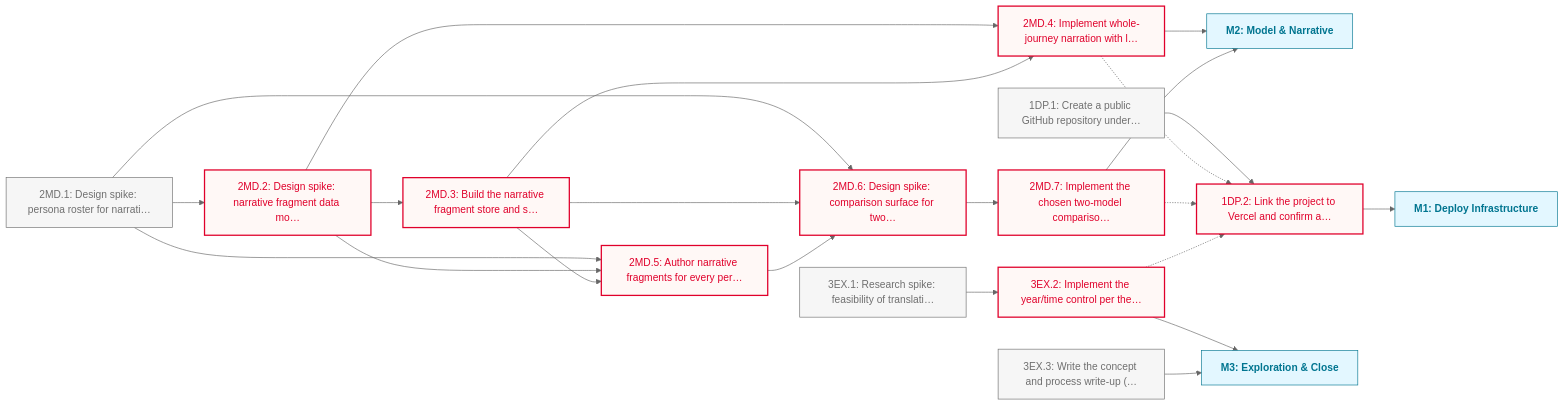
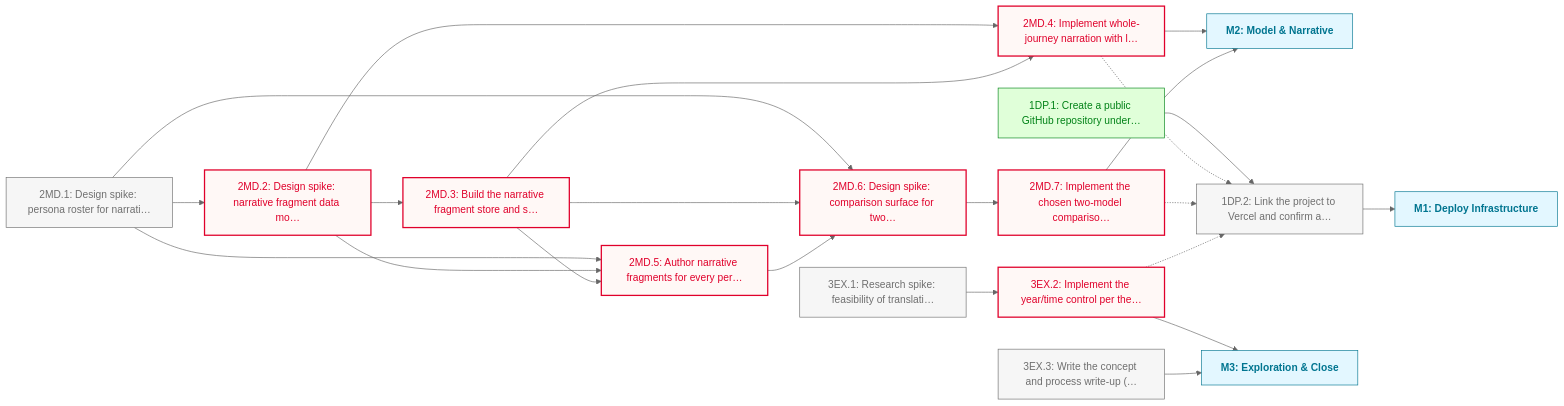
The diagram in docs/roadmaps/PHASE_1.md (JasonWarrenUK/reach), drawn with Mermaid (neutral theme) before and after one commit. The commit also changed other lines of this file and 2 other files, not shown here.

Commit message:
docs: mark 1DP.1 done, unblock 1DP.2

````diff
--- a/docs/roadmaps/PHASE_1.md
+++ b/docs/roadmaps/PHASE_1.md
@@ -50,49 +50,50 @@
 ```mermaid
 graph LR
 	classDef todo fill:#f6f6f6,stroke:#6f6f6f,color:#6f6f6f
 	classDef blocked fill:#fff8f6,stroke:#e0002b,color:#e0002b,stroke-width:2px
 	classDef paused fill:#fdf4ff,stroke:#b01fe3,color:#b01fe3,stroke-dasharray:4 3
 	classDef deferred fill:#fff8f3,stroke:#ac5c00,color:#ac5c00,stroke-dasharray:2 4,font-style:italic
 	classDef done fill:#e0ffd9,stroke:#008217,color:#008217
 	classDef outOfScope fill:#f6f6f6,stroke:#e2e2e2,color:#e2e2e2,stroke-dasharray:2 2
 	classDef mile fill:#e3f7ff,stroke:#007590,color:#007590,font-weight:bold
 	classDef external fill:#fff9e5,stroke:#7d6f00,color:#7d6f00,stroke-dasharray:4 3,font-style:italic
 	1DP.1["1DP.1: Create a public GitHub repository under…"]
 	2MD.1["2MD.1: Design spike: persona roster for narrati…"]
 	2MD.2["2MD.2: Design spike: narrative fragment data mo…"]
 	2MD.3["2MD.3: Build the narrative fragment store and s…"]
 	2MD.4["2MD.4: Implement whole-journey narration with l…"]
 	2MD.5["2MD.5: Author narrative fragments for every per…"]
 	2MD.6["2MD.6: Design spike: comparison surface for two…"]
 	2MD.7["2MD.7: Implement the chosen two-model compariso…"]
 	M2["M2: Model & Narrative"]:::mile
 	3EX.1["3EX.1: Research spike: feasibility of translati…"]
 	3EX.2["3EX.2: Implement the year/time control per the…"]
 	1DP.2["1DP.2: Link the project to Vercel and confirm a…"]
 	M1["M1: Deploy Infrastructure"]:::mile
 	3EX.3["3EX.3: Write the concept and process write-up (…"]
 	M3["M3: Exploration & Close"]:::mile
 	1DP.1 --> 1DP.2
 	2MD.1 --> 2MD.2
 	2MD.1 --> 2MD.5
 	2MD.1 --> 2MD.6
 	2MD.2 --> 2MD.3
 	2MD.2 --> 2MD.4
 	2MD.2 --> 2MD.5
 	2MD.3 --> 2MD.4
 	2MD.3 --> 2MD.5
 	2MD.3 --> 2MD.6
 	2MD.4 --> M2
 	2MD.4 -.-> 1DP.2
 	2MD.5 --> 2MD.6
 	2MD.6 --> 2MD.7
 	2MD.7 --> M2
 	2MD.7 -.-> 1DP.2
 	3EX.1 --> 3EX.2
 	3EX.2 -.-> 1DP.2
 	3EX.2 --> M3
 	1DP.2 --> M1
 	3EX.3 --> M3
-	class 1DP.1,2MD.1,3EX.1,3EX.3 todo
-	class 1DP.2,2MD.2,2MD.3,2MD.4,2MD.5,2MD.6,2MD.7,3EX.2 blocked
+	class 1DP.2,2MD.1,3EX.1,3EX.3 todo
+	class 2MD.2,2MD.3,2MD.4,2MD.5,2MD.6,2MD.7,3EX.2 blocked
+	class 1DP.1 done
 ```
````
